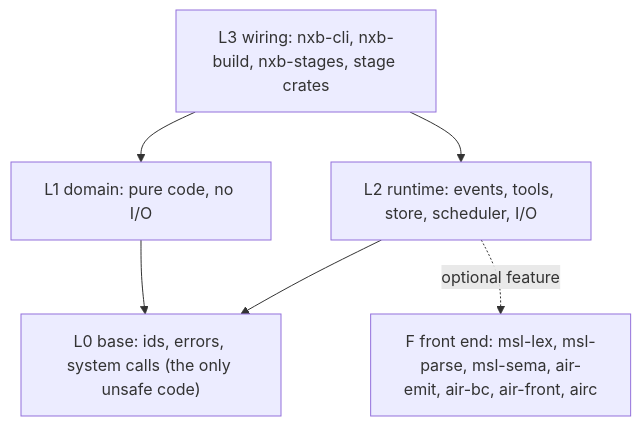
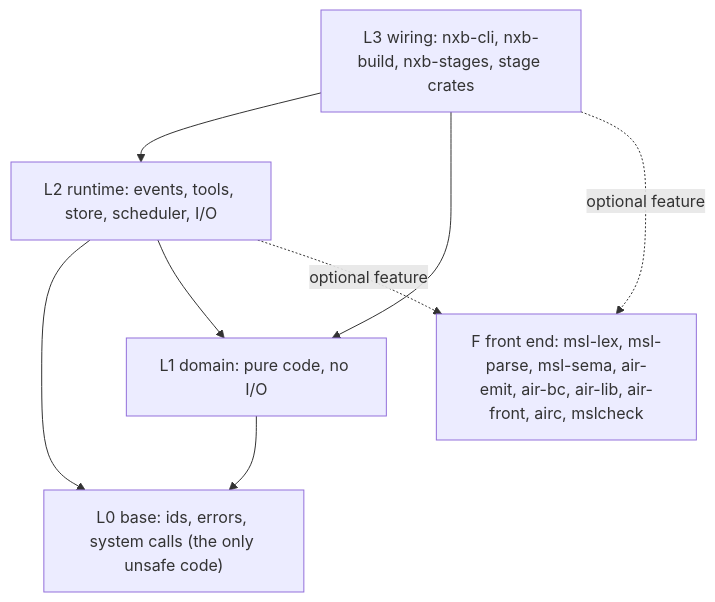
Before and after one commit to ComicBit/nxkit: the first of 2 diagrams in README.md, drawn with Mermaid. The commit also changed other lines of this file and 21 other files, not shown here.

````diff
--- a/README.md
+++ b/README.md
@@ -256,11 +262,13 @@
 ```mermaid
 flowchart TD
   L3["L3 wiring: nxb-cli, nxb-build, nxb-stages, stage crates"]
   L2["L2 runtime: events, tools, store, scheduler, I/O"]
   L1["L1 domain: pure code, no I/O"]
   L0["L0 base: ids, errors, system calls (the only unsafe code)"]
-  LF["F front end: msl-lex, msl-parse, msl-sema, air-emit, air-bc, air-front, airc"]
+  LF["F front end: msl-lex, msl-parse, msl-sema, air-emit, air-bc, air-lib, air-front, airc, mslcheck"]
   L3 --> L2 --> L0
   L3 --> L1 --> L0
+  L2 --> L1
   L2 -.->|optional feature| LF
+  L3 -.->|optional feature| LF
 ```
````
